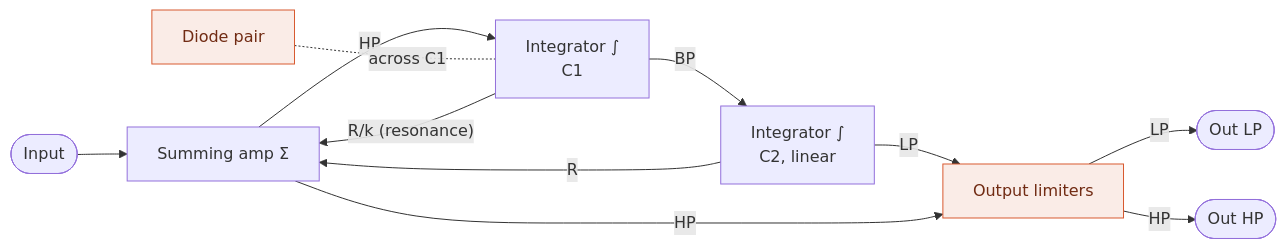
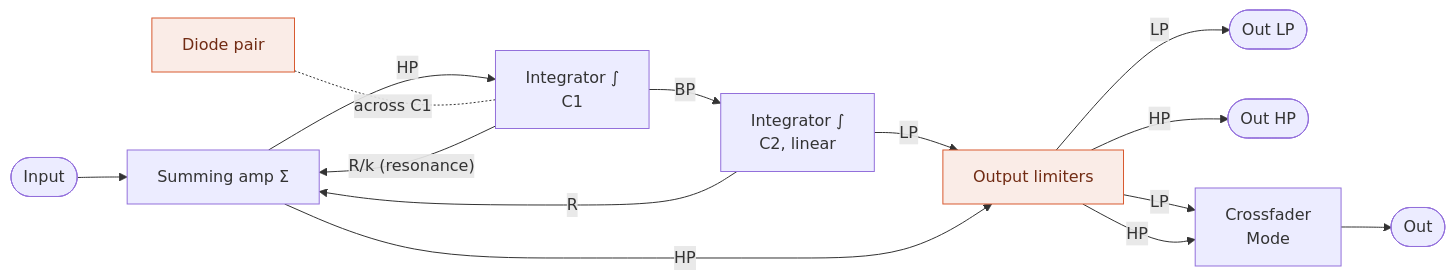
Before and after one commit to risgk/midi_synthesizer_spms1: the fourth of 6 diagrams in spms1_type2/README.md, drawn with Mermaid. The commit also changed other lines of this file and 8 other files, not shown here.

First line of the commit message:
type2: Give Filter 1 an Out crossfading its low pass and high pass, by Mode on CC 39

````diff
--- a/spms1_type2/README.md
+++ b/spms1_type2/README.md
@@ -287,15 +299,18 @@
 ```mermaid
 flowchart LR
   IN([Input]) --> A1["Summing amp Σ"]
   A1 -->|HP| A2["Integrator ∫<br/>C1"]
   D["Diode pair"] -.-|across C1| A2
   A2 -->|BP| A3["Integrator ∫<br/>C2, linear"]
   A3 -->|LP| LIM["Output limiters"]
   A1 -->|HP| LIM
   LIM -->|LP| OUT_LP([Out LP])
   LIM -->|HP| OUT_HP([Out HP])
+  LIM -->|LP| XF["Crossfader<br/>Mode"]
+  LIM -->|HP| XF
+  XF --> OUT([Out])
   A2 -->|"R/k (resonance)"| A1
   A3 -->|R| A1
   classDef nl fill:#FAECE7,stroke:#D85A30,color:#712B13
   class D,LIM nl
 ```
````
